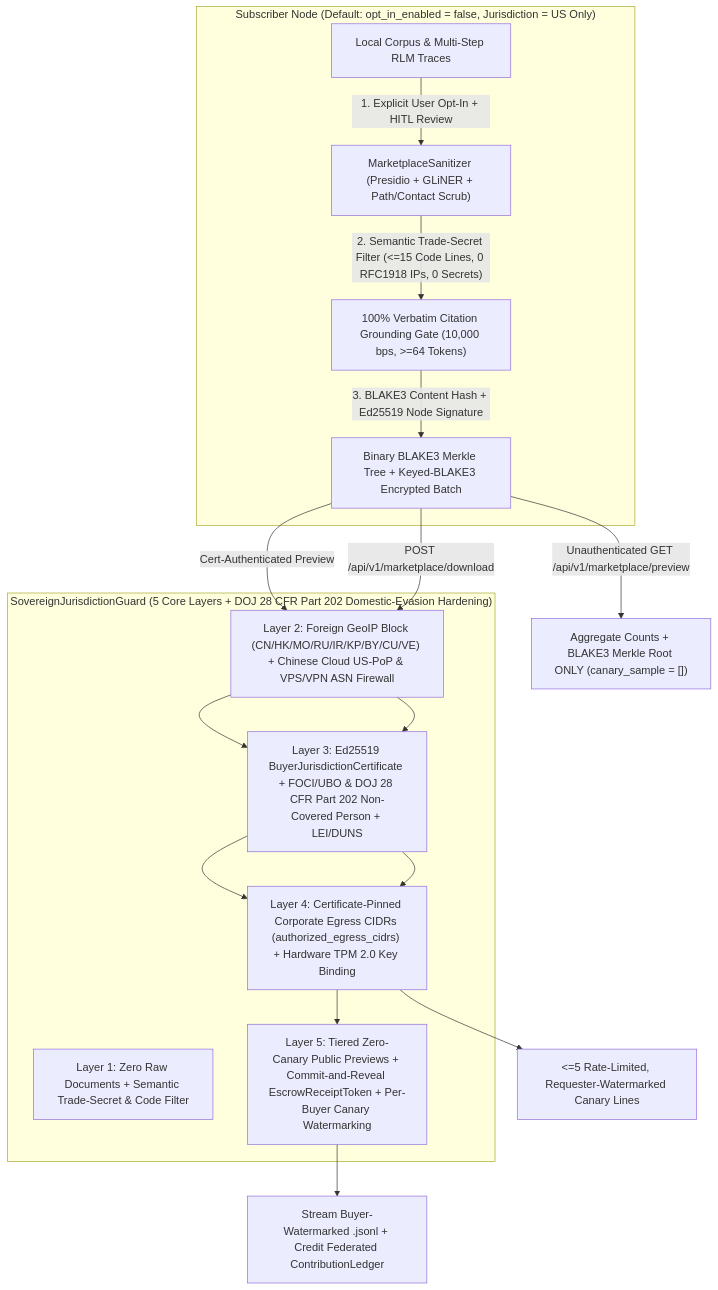
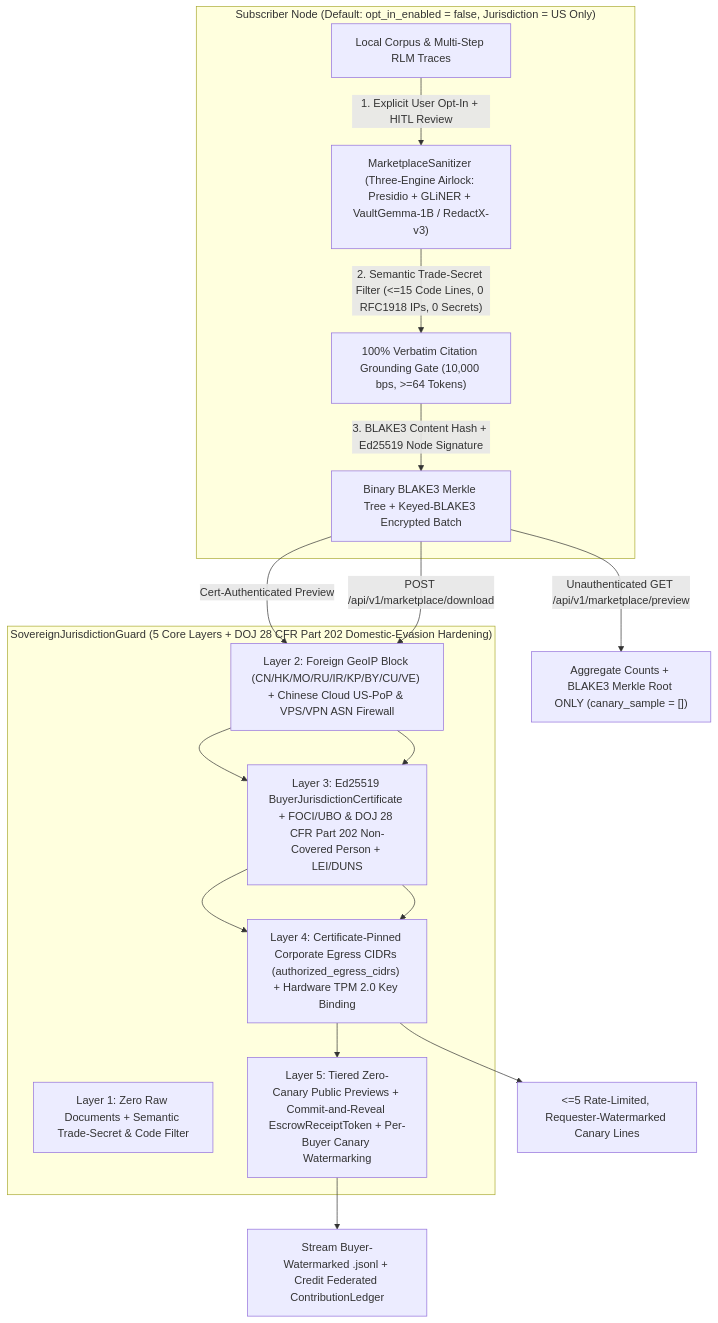
The diagram in README.md (oyesanyf/QuorumRAG), drawn with Mermaid before and after one commit. The commit also changed other lines of this file and 23 other files, not shown here.

Commit message:
feat: Milestones M34, M35 & M36 Local MSI Packaging and VaultGemma Integration (#39)

````diff
--- a/README.md
+++ b/README.md
@@ -225,20 +225,20 @@
 ```mermaid
 flowchart TD
     subgraph SubscriberNode["Subscriber Node (Default: opt_in_enabled = false, Jurisdiction = US Only)"]
-        A["Local Corpus & Multi-Step RLM Traces"] -->|"1. Explicit User Opt-In + HITL Review"| B["MarketplaceSanitizer (Presidio + GLiNER + Path/Contact Scrub)"]
+        A["Local Corpus & Multi-Step RLM Traces"] -->|"1. Explicit User Opt-In + HITL Review"| B["MarketplaceSanitizer (Three-Engine Airlock: Presidio + GLiNER + VaultGemma-1B / RedactX-v3)"]
         B -->|"2. Semantic Trade-Secret Filter (<=15 Code Lines, 0 RFC1918 IPs, 0 Secrets)"| C["100% Verbatim Citation Grounding Gate (10,000 bps, >=64 Tokens)"]
         C -->|"3. BLAKE3 Content Hash + Ed25519 Node Signature"| D["Binary BLAKE3 Merkle Tree + Keyed-BLAKE3 Encrypted Batch"]
     end
 
     subgraph Guard["SovereignJurisdictionGuard (5 Core Layers + DOJ 28 CFR Part 202 Domestic-Evasion Hardening)"]
         L1["Layer 1: Zero Raw Documents + Semantic Trade-Secret & Code Filter"]
         L2["Layer 2: Foreign GeoIP Block (CN/HK/MO/RU/IR/KP/BY/CU/VE) + Chinese Cloud US-PoP & VPS/VPN ASN Firewall"]
         L3["Layer 3: Ed25519 BuyerJurisdictionCertificate + FOCI/UBO & DOJ 28 CFR Part 202 Non-Covered Person + LEI/DUNS"]
         L4["Layer 4: Certificate-Pinned Corporate Egress CIDRs (authorized_egress_cidrs) + Hardware TPM 2.0 Key Binding"]
         L5["Layer 5: Tiered Zero-Canary Public Previews + Commit-and-Reveal EscrowReceiptToken + Per-Buyer Canary Watermarking"]
     end
 
     D -->|"Unauthenticated GET /api/v1/marketplace/preview"| P1["Aggregate Counts + BLAKE3 Merkle Root ONLY (canary_sample = [])"]
     D -->|"Cert-Authenticated Preview"| L2 --> L3 --> L4 --> P2["<=5 Rate-Limited, Requester-Watermarked Canary Lines"]
     D -->|"POST /api/v1/marketplace/download"| L2 --> L3 --> L4 --> L5 --> DL["Stream Buyer-Watermarked .jsonl + Credit Federated ContributionLedger"]
 ```
````
